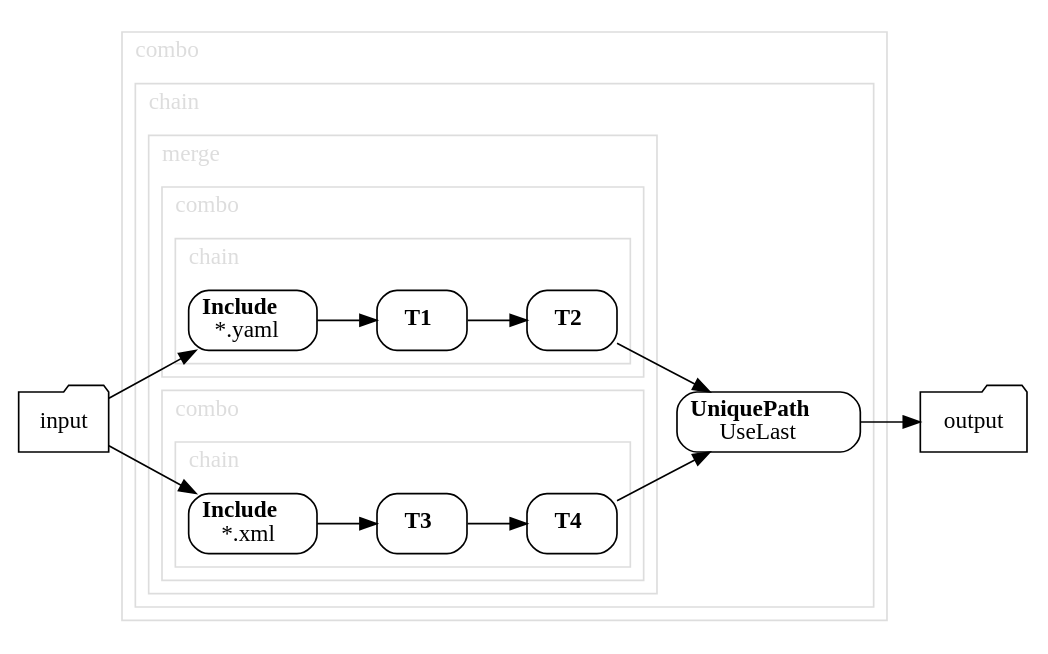
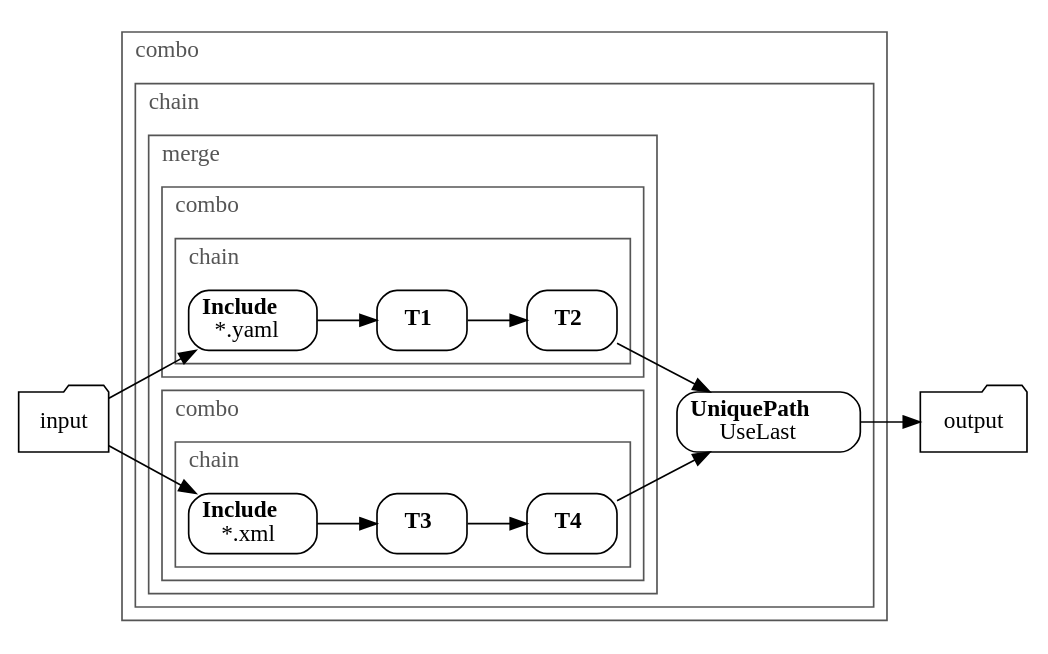
The diagram in application-accelerator/creating-accelerators/transforms/combo1.dot (pivotal/docs-tap), drawn with Graphviz before and after one commit. The commit also changed 21 other files, not shown here.

Commit message:
Adapt diagram colors for accessibility

```diff
--- a/application-accelerator/creating-accelerators/transforms/combo1.dot
+++ b/application-accelerator/creating-accelerators/transforms/combo1.dot
@@ -1,75 +1,75 @@
 // This file was auto-generated from combo1.yaml - DO NOT MODIFY
 
 digraph G {
   rankdir="LR";
   labeljust="l";
   node [shape="rect"; style="rounded"; ]
 
 
   String_5ce33a58 [label="input"; shape="folder"; ]
   String_78a287ed [label="output"; shape="folder"; ]
 
   UniquePath_2756c0a7 -> String_78a287ed;
   String_5ce33a58 -> Include_3f1c5af9;
   String_5ce33a58 -> Include_5ef0d29e;
 
   subgraph cluster_5733f295 {
     label=<combo>;
-    color="#DDDDDD";
-    fontcolor="#dddddd";
+    color="#555555";
+    fontcolor="#555555";
 
     subgraph cluster_83298d7 {
       label=<chain>;
-      color="#DDDDDD";
-      fontcolor="#dddddd";
+      color="#555555";
+      fontcolor="#555555";
 
       UniquePath_2756c0a7 [label=<<b>UniquePath</b><br/>UseLast>; ]
 
       T4_1e1d3956 -> UniquePath_2756c0a7;
       T2_5b40ceb -> UniquePath_2756c0a7;
 
       subgraph cluster_7d3430a7 {
         label=<merge>;
-        color="#DDDDDD";
-        fontcolor="#dddddd";
+        color="#555555";
+        fontcolor="#555555";
 
         subgraph cluster_efde75f {
           label=<combo>;
-          color="#DDDDDD";
-          fontcolor="#dddddd";
+          color="#555555";
+          fontcolor="#555555";
 
           subgraph cluster_6c8bca63 {
             label=<chain>;
-            color="#DDDDDD";
-            fontcolor="#dddddd";
+            color="#555555";
+            fontcolor="#555555";
 
             Include_5ef0d29e [label=<<b>Include</b><br/>*.yaml>; ]
             T1_618c5d94 [label=<<b>T1</b>>; ]
             T2_5b40ceb [label=<<b>T2</b>>; ]
 
             Include_5ef0d29e -> T1_618c5d94;
             T1_618c5d94 -> T2_5b40ceb;
           }
         }
         subgraph cluster_2bef51f2 {
           label=<combo>;
-          color="#DDDDDD";
-          fontcolor="#dddddd";
+          color="#555555";
+          fontcolor="#555555";
 
           subgraph cluster_1bc715b8 {
             label=<chain>;
-            color="#DDDDDD";
-            fontcolor="#dddddd";
+            color="#555555";
+            fontcolor="#555555";
 
             Include_3f1c5af9 [label=<<b>Include</b><br/>*.xml>; ]
             T3_30f5a68a [label=<<b>T3</b>>; ]
             T4_1e1d3956 [label=<<b>T4</b>>; ]
 
             Include_3f1c5af9 -> T3_30f5a68a;
             T3_30f5a68a -> T4_1e1d3956;
           }
         }
       }
     }
   }
 }
```
